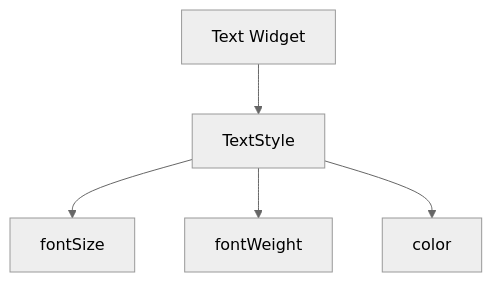
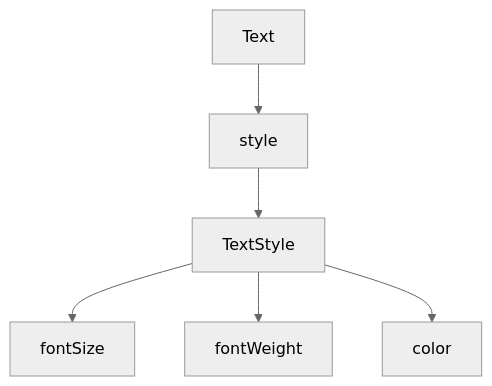
Before and after one commit to Real-Dau/Flutter-lernen: the diagram in 04-text-style-icons/VISUAL.md, drawn with Mermaid (neutral theme). The commit also changed other lines of this file and 12 other files, not shown here.

````diff
--- a/04-text-style-icons/VISUAL.md
+++ b/04-text-style-icons/VISUAL.md
@@ -5,7 +25,8 @@
 ```mermaid
 flowchart TD
-    A[Text Widget] --> B[TextStyle]
-    B --> C[fontSize]
-    B --> D[fontWeight]
-    B --> E[color]
+    A[Text] --> B[style]
+    B --> C[TextStyle]
+    C --> D[fontSize]
+    C --> E[fontWeight]
+    C --> F[color]
 ```
````
